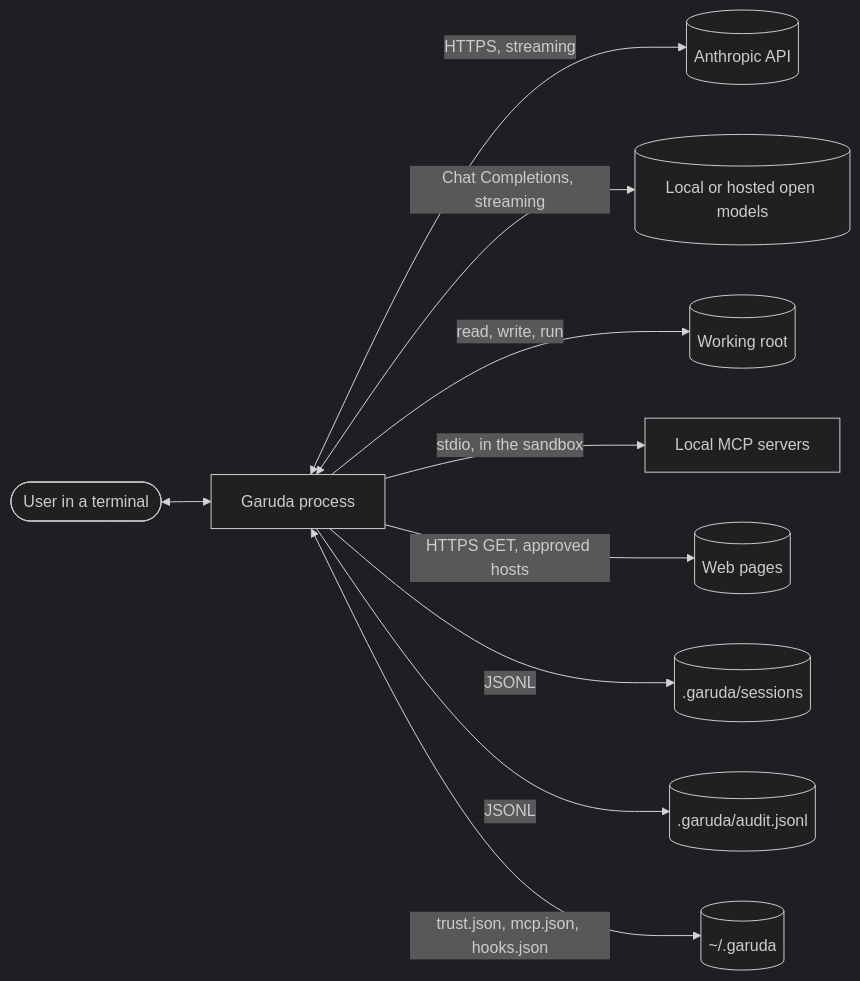
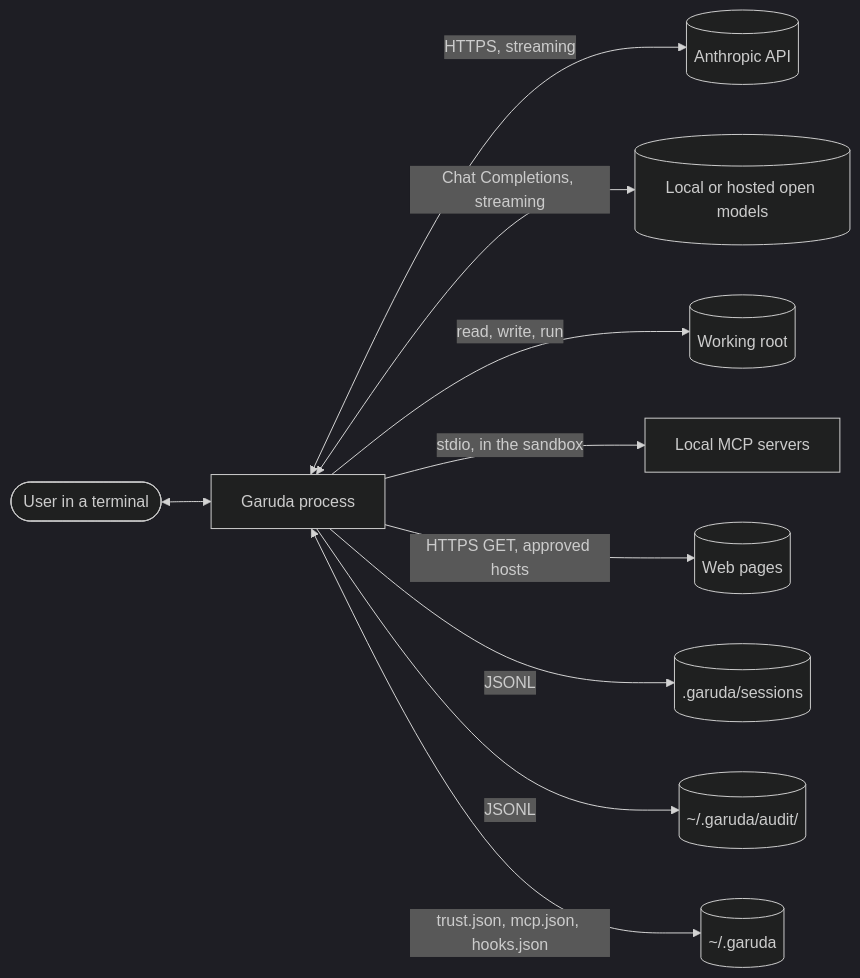
Before and after one commit to madhu-sv/garuda: the first of 3 diagrams in docs/architecture.md, drawn with Mermaid (dark theme). The commit also changed 12 other files, not shown here.

````diff
--- a/docs/architecture.md
+++ b/docs/architecture.md
@@ -12,12 +12,12 @@
 ```mermaid
 flowchart LR
   user([User in a terminal]) <--> garuda[Garuda process]
   garuda <-->|HTTPS, streaming| api[(Anthropic API)]
   garuda <-->|Chat Completions, streaming| oss[(Local or hosted open models)]
   garuda -->|read, write, run| repo[(Working root)]
   garuda -->|stdio, in the sandbox| mcp[Local MCP servers]
   garuda -->|HTTPS GET, approved hosts| web[(Web pages)]
   garuda -->|JSONL| sessions[(.garuda/sessions)]
-  garuda -->|JSONL| audit[(.garuda/audit.jsonl)]
+  garuda -->|JSONL| audit[(~/.garuda/audit/)]
   garuda <-->|trust.json, mcp.json, hooks.json| home[(~/.garuda)]
 ```
````
